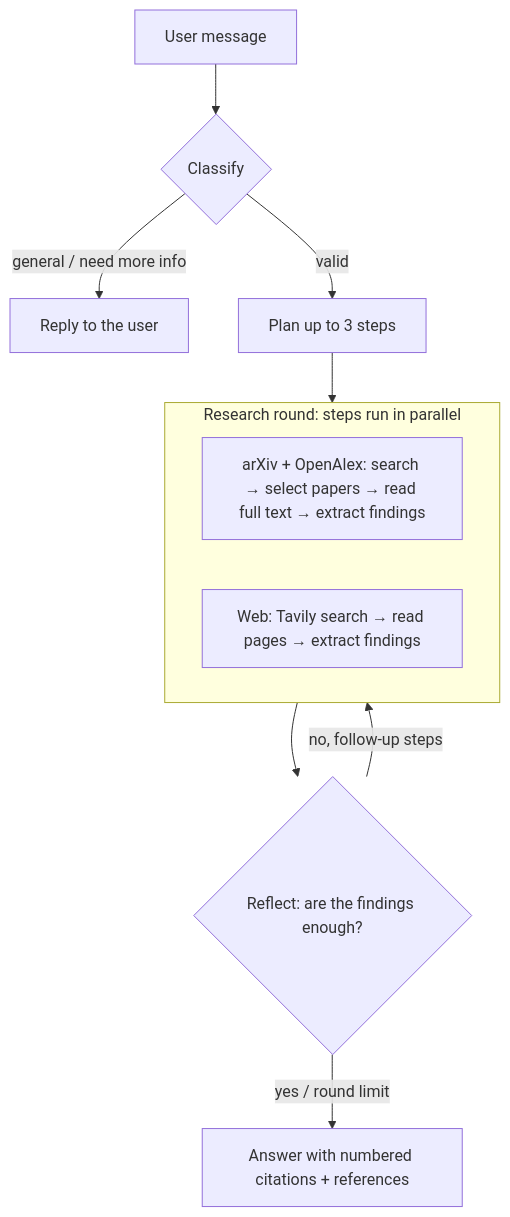
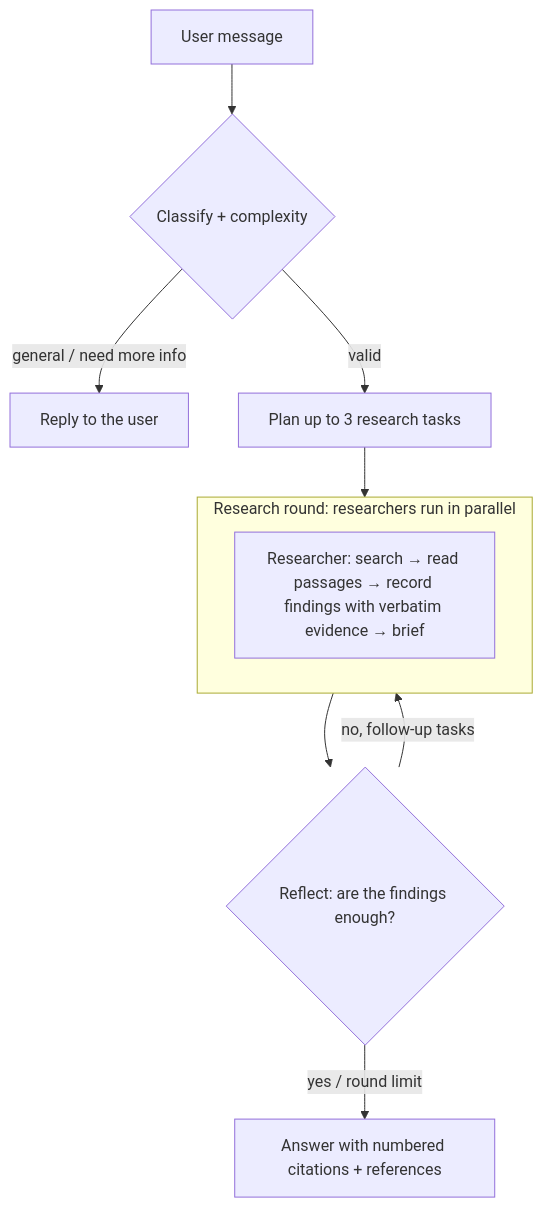
The diagram in README.md (lorenzofavaro/deep-research), drawn with Mermaid before and after one commit. The commit also changed other lines of this file and 21 other files, not shown here.

````diff
--- a/README.md
+++ b/README.md
@@ -9,14 +9,13 @@
 ```mermaid
 flowchart TD
-    U[User message] --> C{Classify}
+    U[User message] --> C{Classify + complexity}
     C -- general / need more info --> R[Reply to the user]
-    C -- valid --> P[Plan up to 3 steps]
+    C -- valid --> P[Plan up to 3 research tasks]
     P --> S
-    subgraph S[Research round: steps run in parallel]
-        A[arXiv + OpenAlex: search → select papers → read full text → extract findings]
-        W[Web: Tavily search → read pages → extract findings]
+    subgraph S[Research round: researchers run in parallel]
+        A[Researcher: search → read passages → record findings with verbatim evidence → brief]
     end
     S --> F{Reflect: are the findings enough?}
-    F -- no, follow-up steps --> S
+    F -- no, follow-up tasks --> S
     F -- yes / round limit --> X[Answer with numbered citations + references]
 ```
````
